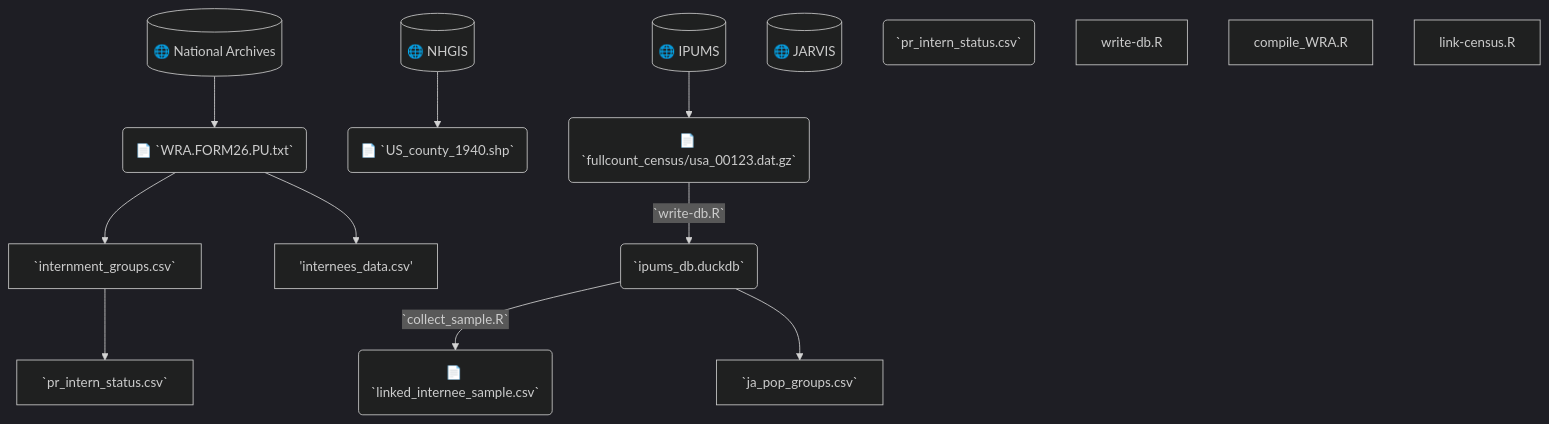
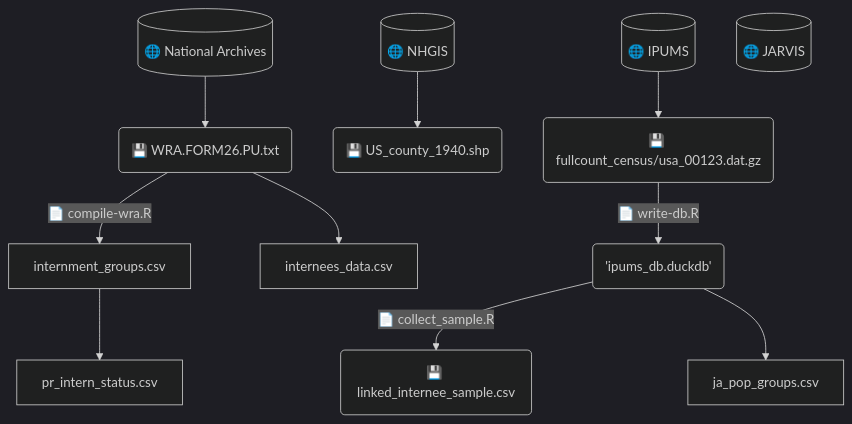
One commit to dyasui/internee_outcomes changed the diagram in data.org. Above: the diagram before and after it, drawn with Mermaid (dark theme). The commit also changed other lines of this file and 1 other file, not shown here.

Commit message:
data plan formatting

```diff
--- a/data.org
+++ b/data.org
@@ -4,31 +4,25 @@
-#+begin_src mermaid
+#+begin_src mermaid :file data-plan.svg
 flowchart TD
 %% Data sources
     nara[(🌐 National Archives)];
     ipums[(🌐 IPUMS)];
     nhgis[(🌐 NHGIS)];
     jarvis[(🌐 JARVIS)];
 %% data files 
-    ipumsdat(📄 `fullcount_census/usa_00123.dat.gz`);
-    shp(📄 `US_county_1940.shp`);
-    wra(📄 `WRA.FORM26.PU.txt`);
-    lis(📄 `linked_internee_sample.csv`);
+    ipumsdat(💾 fullcount_census/usa_00123.dat.gz);
+    shp(💾 US_county_1940.shp);
+    wra(💾 WRA.FORM26.PU.txt);
+    lis(💾 linked_internee_sample.csv);
 
 %% output files
-    duckdb(`ipums_db.duckdb`);
-    printern(`pr_intern_status.csv`);
-
-%% scripts
-    wrdb["write-db.R"];
-    cwra["compile_WRA.R"];
-    linkc["link-census.R"];
+    duckdb('ipums_db.duckdb');
 
 %% create edges
     ipums --> ipumsdat;
-    ipumsdat --`write-db.R`--> duckdb;
-    duckdb --`collect_sample.R`--> lis;
-    duckdb --> `ja_pop_groups.csv`;
+    ipumsdat --📄 write-db.R--> duckdb;
+    duckdb --📄 collect_sample.R--> lis;
+    duckdb --> ja_pop_groups.csv;
     nhgis --> shp;
-    nara --> wra --> 'internees_data.csv';
-    wra --> `internment_groups.csv` --> `pr_intern_status.csv`;
+    nara --> wra --> internees_data.csv;
+    wra --📄 compile-wra.R--> internment_groups.csv --> pr_intern_status.csv;
 #+end_src
```
